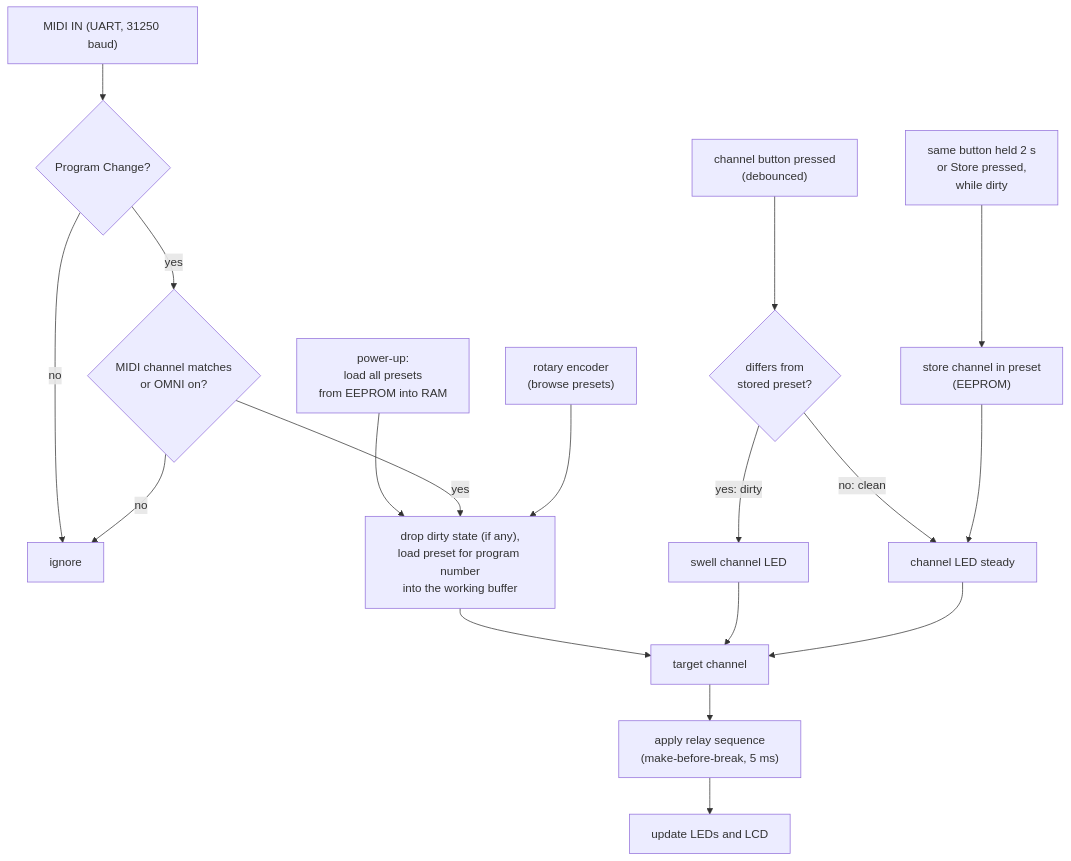
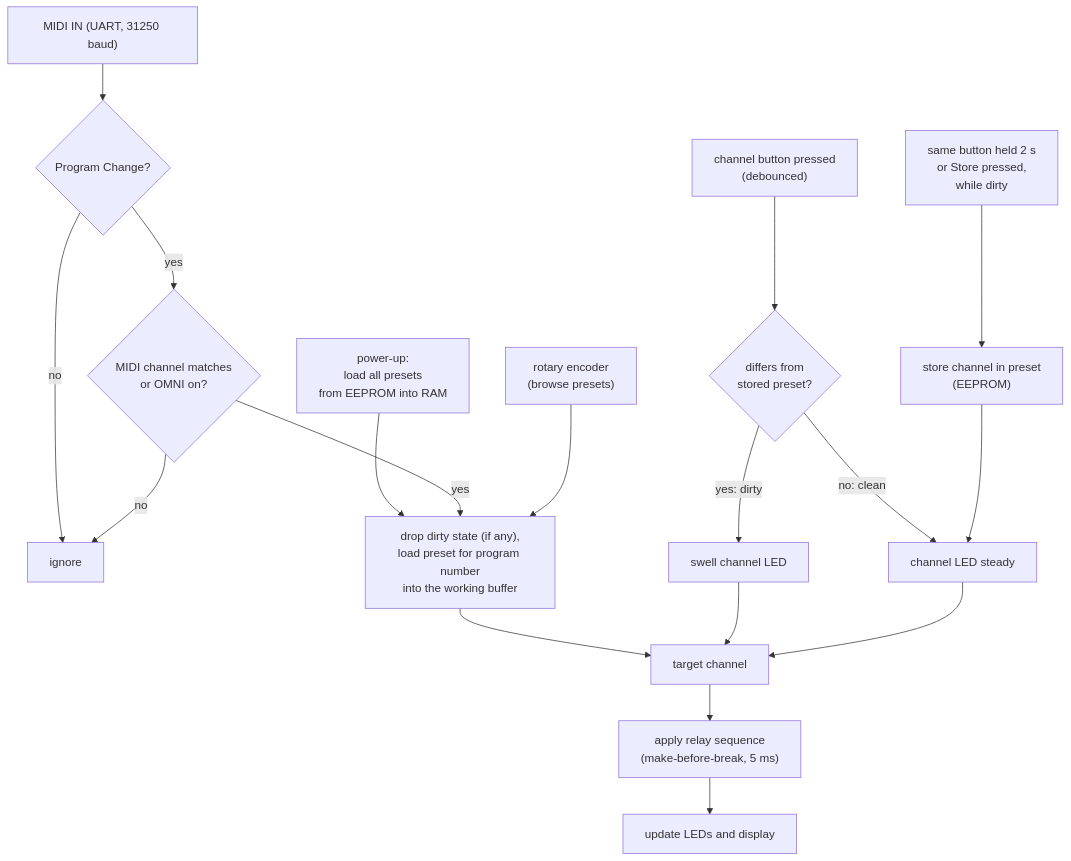
Before and after one commit to marc-bojarzin/fenderswitch: the second of 2 diagrams in README.md, drawn with Mermaid. The commit also changed other lines of this file and 9 other files, not shown here.

First line of the commit message:
Replace the LCD with a TM1637 7-segment display

````diff
--- a/README.md
+++ b/README.md
@@ -236,21 +236,21 @@
 ```mermaid
 flowchart TD
     MIDI["MIDI IN (UART, 31250 baud)"] --> PC{"Program Change?"}
     PC -- no --> Ignore["ignore"]
     PC -- yes --> CH{"MIDI channel matches<br>or OMNI on?"}
     CH -- no --> Ignore
     Boot["power-up:<br>load all presets<br>from EEPROM into RAM"] --> Load
     CH -- yes --> Load["drop dirty state (if any),<br>load preset for program number<br>into the working buffer"]
     Enc["rotary encoder<br>(browse presets)"] --> Load
     Load --> Mode["target channel"]
     Mode --> Apply["apply relay sequence<br>(make-before-break, 5 ms)"]
-    Apply --> UI["update LEDs and LCD"]
+    Apply --> UI["update LEDs and display"]
 
     Btn["channel button pressed<br>(debounced)"] --> Diff{"differs from<br>stored preset?"}
     Diff -- "yes: dirty" --> Blink["swell channel LED"]
     Diff -- "no: clean" --> Steady["channel LED steady"]
     Blink --> Mode
     Steady --> Mode
     Hold["same button held 2 s<br>or Store pressed,<br>while dirty"] --> Store["store channel in preset<br>(EEPROM)"]
     Store --> Steady
 ```
````
